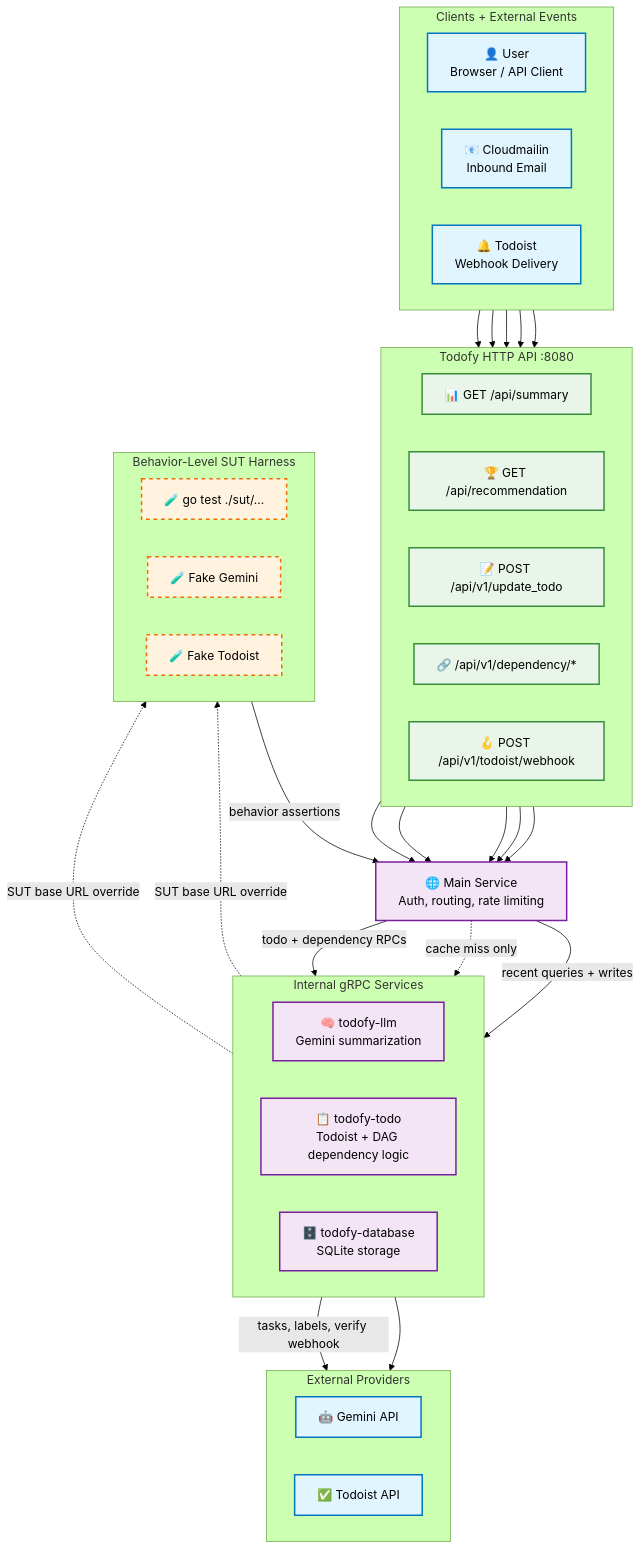
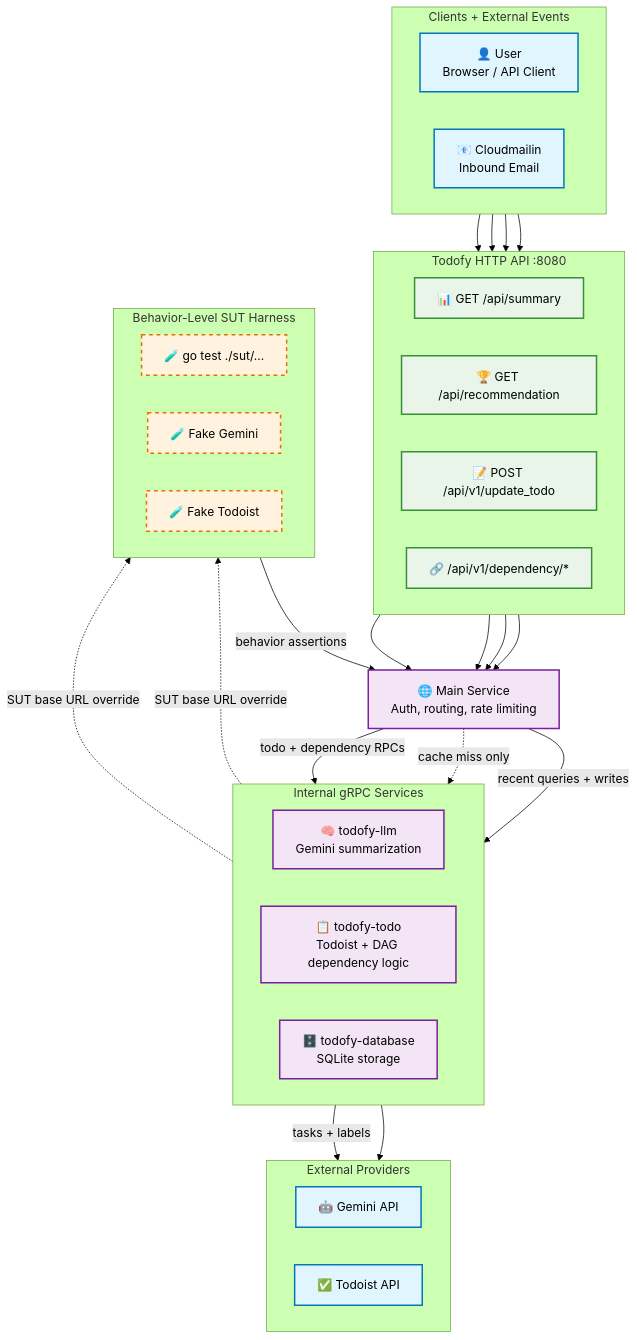
Before and after one commit to ziyixi/todofy: the first of 2 diagrams in README.md, drawn with Mermaid (forest theme). The commit also changed other lines of this file and 28 other files, not shown here.

First line of the commit message:
Refactor dependency service and remove webhook handling

````diff
--- a/README.md
+++ b/README.md
@@ -10,73 +10,69 @@
 ```mermaid
 flowchart TB
     subgraph Clients["Clients + External Events"]
         direction LR
         User[👤 User<br/>Browser / API Client]
         Email[📧 Cloudmailin<br/>Inbound Email]
-        TodoistEvent[🔔 Todoist<br/>Webhook Delivery]
     end
 
     subgraph API["Todofy HTTP API :8080"]
         direction LR
         Summary[📊 GET /api/summary]
         Recommend[🏆 GET /api/recommendation]
         UpdateTodo[📝 POST /api/v1/update_todo]
         DependencyOps[🔗 /api/v1/dependency/*]
-        Webhook[🪝 POST /api/v1/todoist/webhook]
     end
 
     Main[🌐 Main Service<br/>Auth, routing, rate limiting]
 
     subgraph Services["Internal gRPC Services"]
         direction LR
         LLM[🧠 todofy-llm<br/>Gemini summarization]
         Todo[📋 todofy-todo<br/>Todoist + DAG dependency logic]
         DB[🗄️ todofy-database<br/>SQLite storage]
     end
 
     subgraph Providers["External Providers"]
         direction LR
         Gemini[🤖 Gemini API]
         Todoist[✅ Todoist API]
     end
 
     subgraph SUT["Behavior-Level SUT Harness"]
         direction LR
         SUTTests[🧪 go test ./sut/...]
         FakeGemini[🧪 Fake Gemini]
         FakeTodoist[🧪 Fake Todoist]
     end
 
     User --> Summary
     User --> Recommend
     User --> DependencyOps
     Email --> UpdateTodo
-    TodoistEvent --> Webhook
 
     Summary --> Main
     Recommend --> Main
     UpdateTodo --> Main
     DependencyOps --> Main
-    Webhook --> Main
 
     Main -->|recent queries + writes| DB
     Main -.->|cache miss only| LLM
     Main -->|todo + dependency RPCs| Todo
 
     LLM --> Gemini
-    Todo -->|tasks, labels, verify webhook| Todoist
+    Todo -->|tasks + labels| Todoist
 
     SUTTests -->|behavior assertions| Main
     LLM -.->|SUT base URL override| FakeGemini
     Todo -.->|SUT base URL override| FakeTodoist
 
     classDef external fill:#e1f5fe,stroke:#0277bd,stroke-width:2px
     classDef service fill:#f3e5f5,stroke:#7b1fa2,stroke-width:2px
     classDef endpoint fill:#e8f5e8,stroke:#388e3c,stroke-width:2px
     classDef test fill:#fff3e0,stroke:#ef6c00,stroke-width:2px,stroke-dasharray: 5 5
 
-    class User,Email,TodoistEvent,Gemini,Todoist external
+    class User,Email,Gemini,Todoist external
     class Main,LLM,Todo,DB service
-    class Summary,Recommend,UpdateTodo,DependencyOps,Webhook endpoint
+    class Summary,Recommend,UpdateTodo,DependencyOps endpoint
     class SUTTests,FakeGemini,FakeTodoist test
 ```
````
